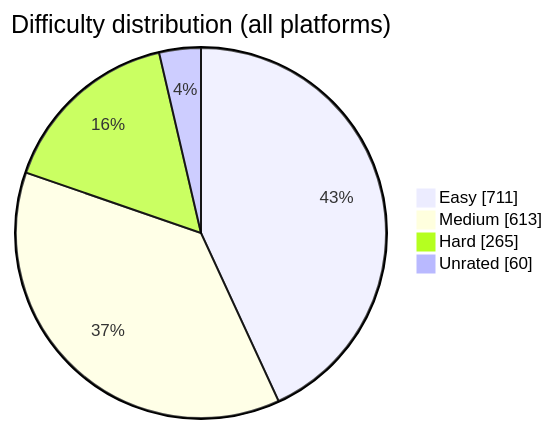
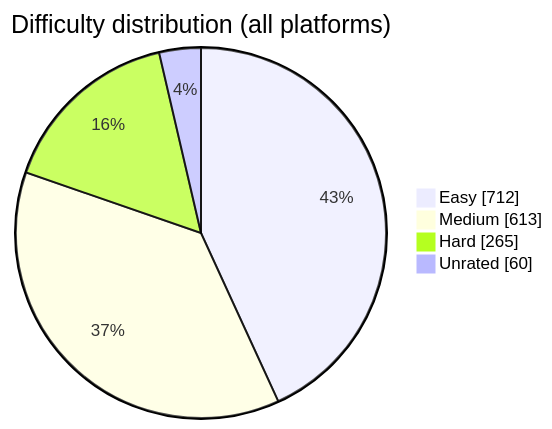
Before and after one commit to BuildbyArindam/Daily-Coding-Log: the diagram in README.md, drawn with Mermaid. The commit also changed other lines of this file, not shown here.

````diff
--- a/README.md
+++ b/README.md
@@ -93,7 +93,7 @@
 ```mermaid
 pie showData title Difficulty distribution (all platforms)
-    "Easy" : 711
+    "Easy" : 712
     "Medium" : 613
     "Hard" : 265
     "Unrated" : 60
 ```
````
